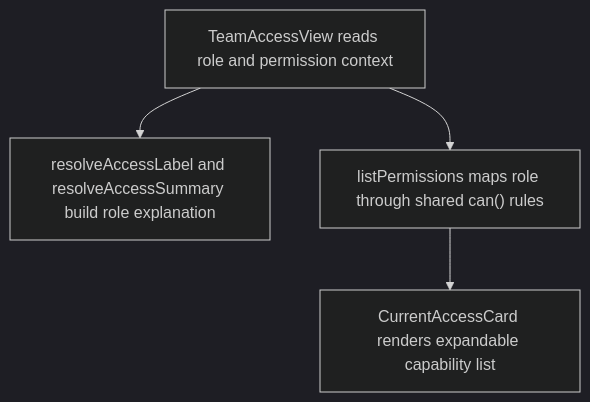
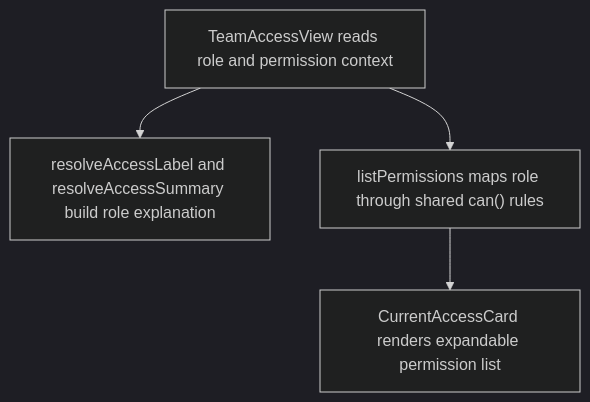
The second of 2 diagrams in user-stories/settings/US-SET-11-viewer-readonly.md (Kevinjohn/capacitylens), drawn with Mermaid (dark theme) before and after one commit. The commit also changed other lines of this file and 285 other files, not shown here.

````diff
--- a/user-stories/settings/US-SET-11-viewer-readonly.md
+++ b/user-stories/settings/US-SET-11-viewer-readonly.md
@@ -25,6 +25,6 @@
 ```mermaid
 flowchart TD
   team["TeamAccessView reads role and permission context"] --> copy["resolveAccessLabel and resolveAccessSummary build role explanation"]
   team --> caps["listPermissions maps role through shared can() rules"]
-  caps --> render["CurrentAccessCard renders expandable capability list"]
+  caps --> render["CurrentAccessCard renders expandable permission list"]
 ```
````
